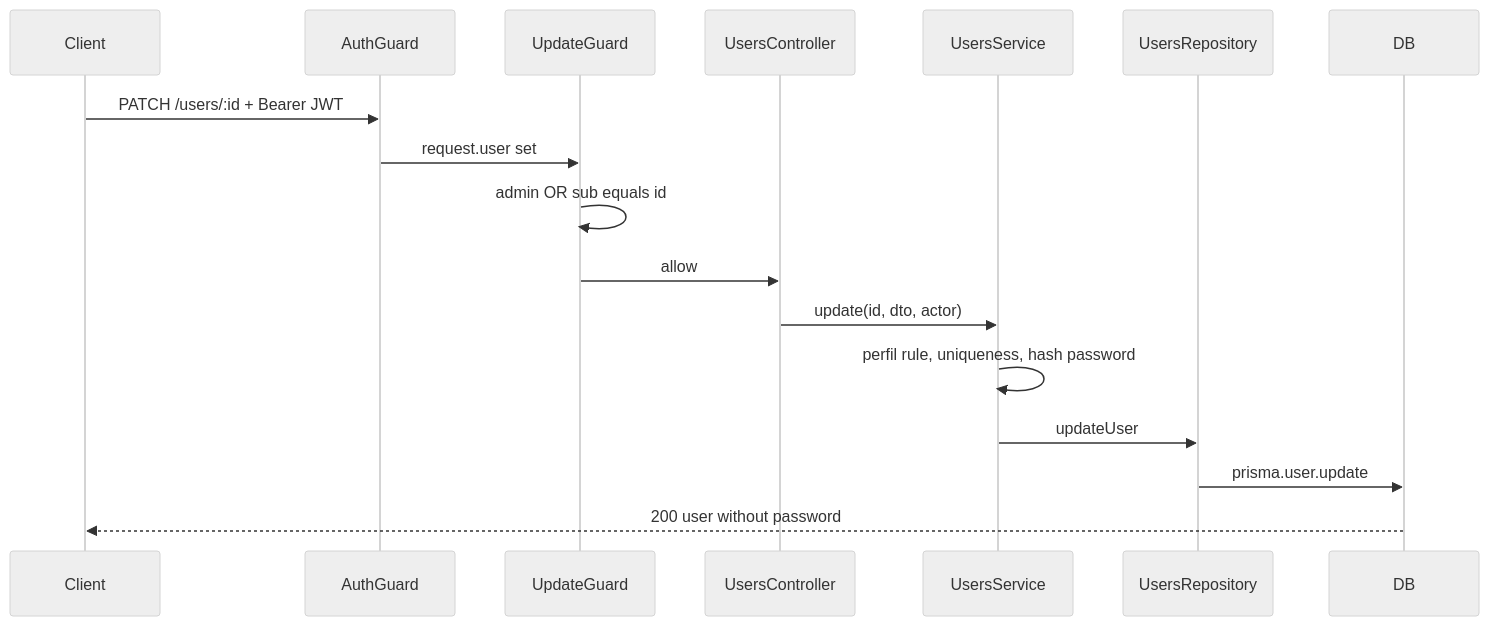
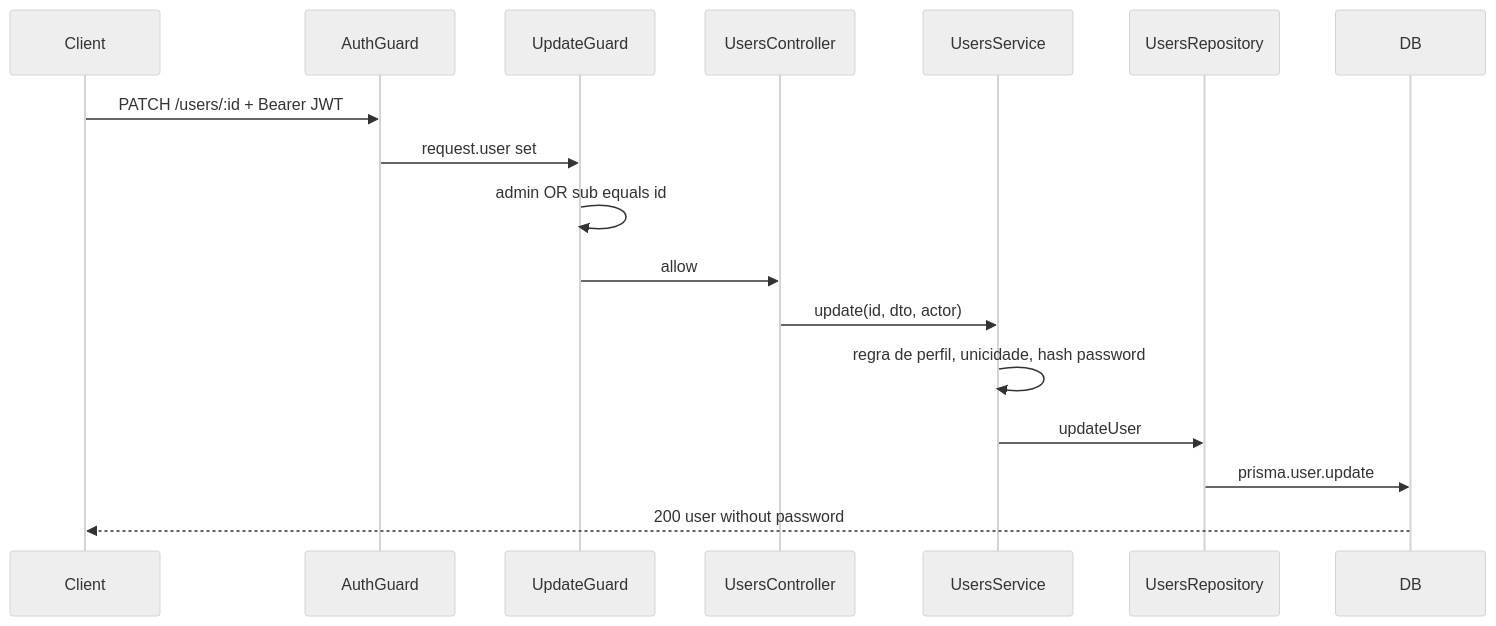
Before and after one commit to jpmuniz/practice-harness-development: the diagram in nestjs/user-registration-api/.specs/features/user-profile-update/design.md, drawn with Mermaid (neutral theme). The commit also changed other lines of this file and 7 other files, not shown here.

````diff
--- a/nestjs/user-registration-api/.specs/features/user-profile-update/design.md
+++ b/nestjs/user-registration-api/.specs/features/user-profile-update/design.md
@@ -13,20 +13,20 @@
 ```mermaid
 sequenceDiagram
     participant Client
     participant AuthGuard
     participant UpdateGuard
     participant UsersController
     participant UsersService
     participant UsersRepository
     participant DB
 
     Client->>AuthGuard: PATCH /users/:id + Bearer JWT
     AuthGuard->>UpdateGuard: request.user set
     UpdateGuard->>UpdateGuard: admin OR sub equals id
     UpdateGuard->>UsersController: allow
     UsersController->>UsersService: update(id, dto, actor)
-    UsersService->>UsersService: perfil rule, uniqueness, hash password
+    UsersService->>UsersService: regra de perfil, unicidade, hash password
     UsersService->>UsersRepository: updateUser
     UsersRepository->>DB: prisma.user.update
     DB-->>Client: 200 user without password
 ```
````
